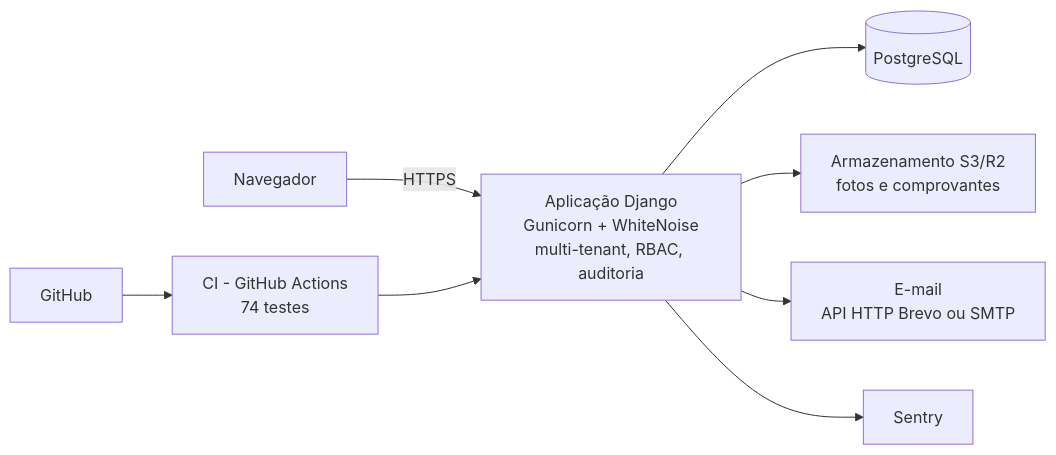
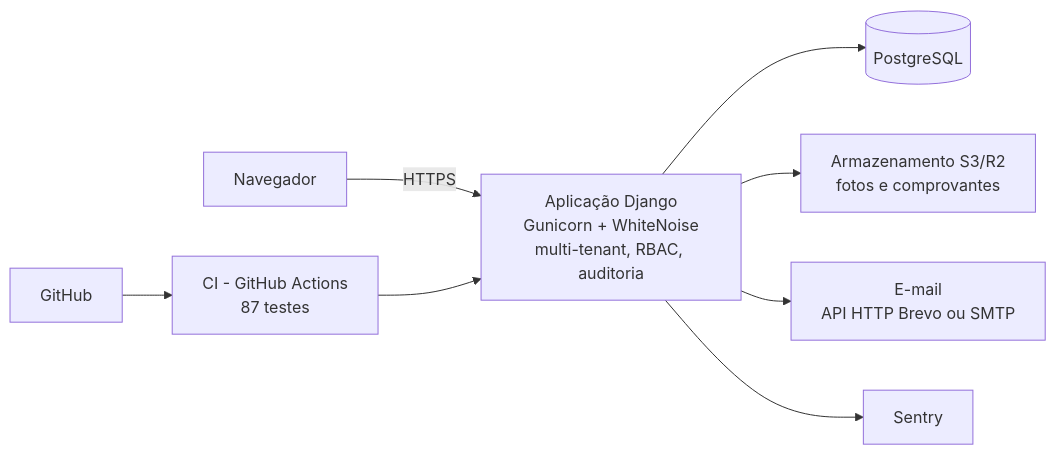
The second of 3 diagrams in docs/DOCUMENTACAO.md (willCastilho/Frotas), drawn with Mermaid before and after one commit. The commit also changed other lines of this file and 29 other files, not shown here.

````diff
--- a/docs/DOCUMENTACAO.md
+++ b/docs/DOCUMENTACAO.md
@@ -67,9 +68,9 @@
 ```mermaid
 flowchart LR
     NAV[Navegador] -- HTTPS --> APP[Aplicação Django<br/>Gunicorn + WhiteNoise<br/>multi-tenant, RBAC, auditoria]
     APP --> DB[(PostgreSQL)]
     APP --> S3[Armazenamento S3/R2<br/>fotos e comprovantes]
     APP --> MAIL[E-mail<br/>API HTTP Brevo ou SMTP]
     APP --> SEN[Sentry]
-    GH[GitHub] --> CI[CI - GitHub Actions<br/>74 testes] --> APP
+    GH[GitHub] --> CI[CI - GitHub Actions<br/>87 testes] --> APP
 ```
````
